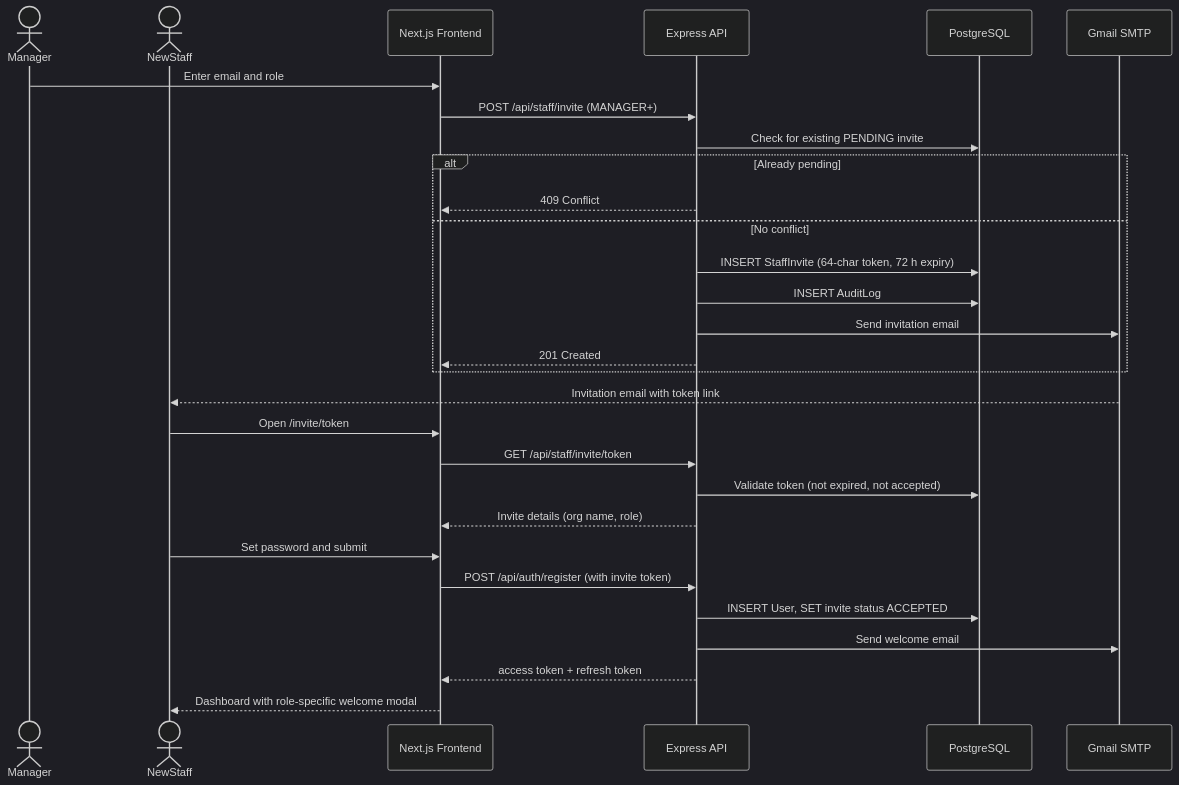
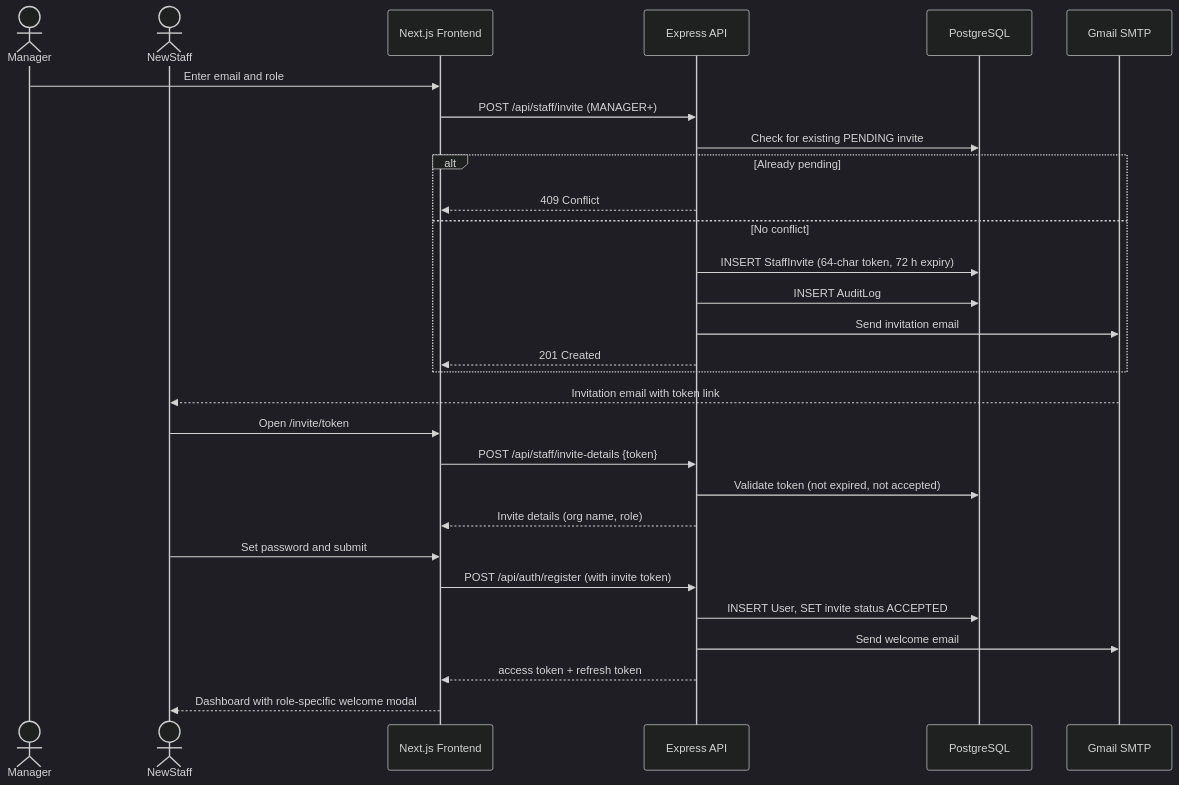
The seventh of 15 diagrams in README.md (oyedokunken/traqify), drawn with Mermaid (dark theme) before and after one commit. The commit also changed other lines of this file and 12 other files, not shown here.

First line of the commit message:
fix(auth): carry the OAuth code and staff invite token in request bodies, not URL paths

````diff
--- a/README.md
+++ b/README.md
@@ -244,32 +244,32 @@
 ```mermaid
 sequenceDiagram
     actor Manager
     actor NewStaff
     participant FE as Next.js Frontend
     participant API as Express API
     participant DB as PostgreSQL
     participant MAIL as Gmail SMTP
 
     Manager->>FE: Enter email and role
     FE->>API: POST /api/staff/invite (MANAGER+)
     API->>DB: Check for existing PENDING invite
     alt Already pending
         API-->>FE: 409 Conflict
     else No conflict
         API->>DB: INSERT StaffInvite (64-char token, 72 h expiry)
         API->>DB: INSERT AuditLog
         API->>MAIL: Send invitation email
         API-->>FE: 201 Created
     end
     MAIL-->>NewStaff: Invitation email with token link
     NewStaff->>FE: Open /invite/token
-    FE->>API: GET /api/staff/invite/token
+    FE->>API: POST /api/staff/invite-details {token}
     API->>DB: Validate token (not expired, not accepted)
     API-->>FE: Invite details (org name, role)
     NewStaff->>FE: Set password and submit
     FE->>API: POST /api/auth/register (with invite token)
     API->>DB: INSERT User, SET invite status ACCEPTED
     API->>MAIL: Send welcome email
     API-->>FE: access token + refresh token
     FE-->>NewStaff: Dashboard with role-specific welcome modal
 ```
````
